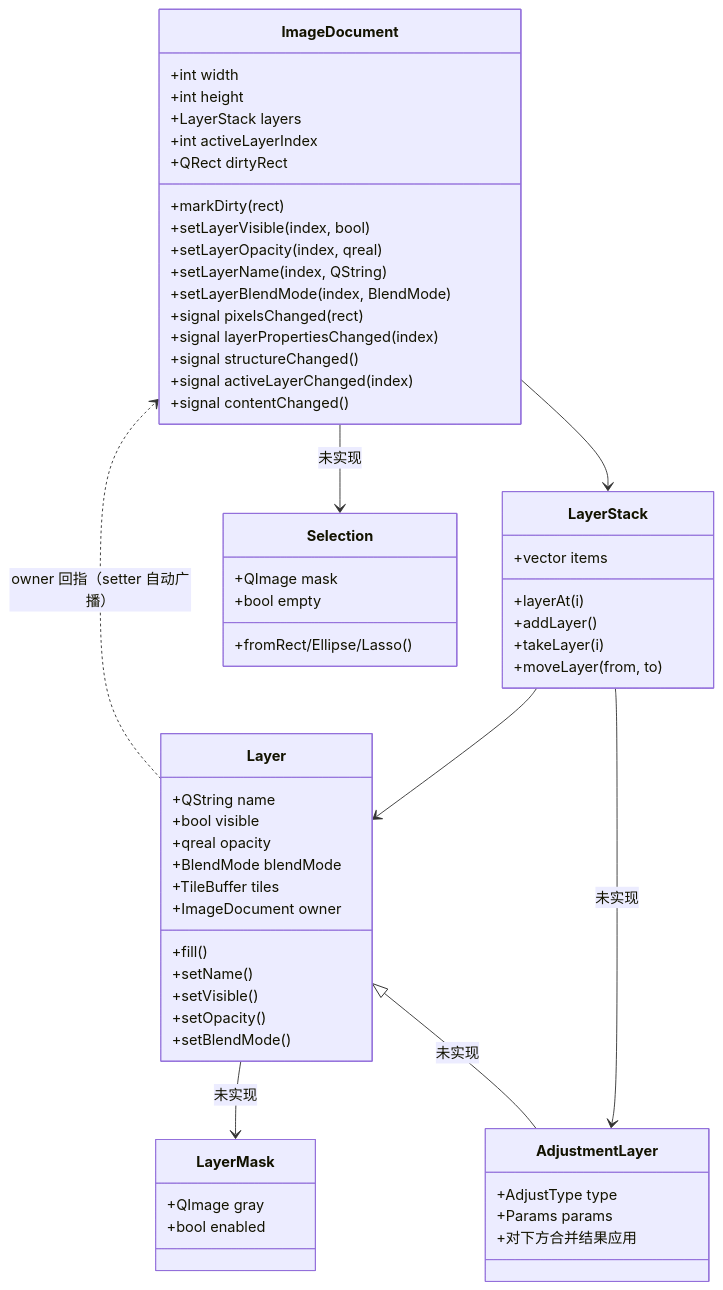
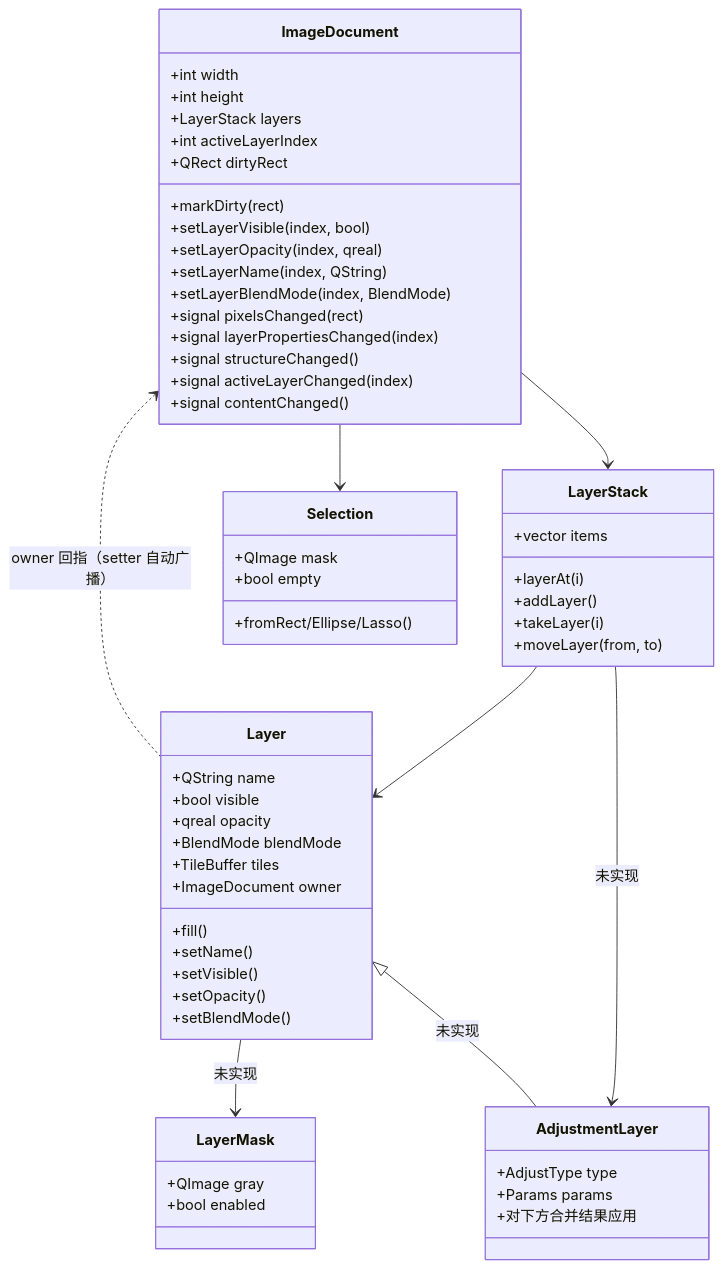
Before and after one commit to littletenyuan01/photoshopDemo: the second of 4 diagrams in docs/architecture.md, drawn with Mermaid. The commit also changed other lines of this file and 30 other files, not shown here.

````diff
--- a/docs/architecture.md
+++ b/docs/architecture.md
@@ -133,62 +133,62 @@
 ```mermaid
 classDiagram
   class ImageDocument {
     +int width
     +int height
     +LayerStack layers
     +int activeLayerIndex
     +QRect dirtyRect
     +markDirty(rect)
     +setLayerVisible(index, bool)
     +setLayerOpacity(index, qreal)
     +setLayerName(index, QString)
     +setLayerBlendMode(index, BlendMode)
     +signal pixelsChanged(rect)
     +signal layerPropertiesChanged(index)
     +signal structureChanged()
     +signal activeLayerChanged(index)
     +signal contentChanged()
   }
   class LayerStack {
     +vector items
     +layerAt(i)
     +addLayer()
     +takeLayer(i)
     +moveLayer(from, to)
   }
   class Layer {
     +QString name
     +bool visible
     +qreal opacity
     +BlendMode blendMode
     +TileBuffer tiles
     +ImageDocument owner
     +fill()
     +setName()
     +setVisible()
     +setOpacity()
     +setBlendMode()
   }
   class LayerMask {
     +QImage gray
     +bool enabled
   }
   class AdjustmentLayer {
     +AdjustType type
     +Params params
     +对下方合并结果应用
   }
   class Selection {
     +QImage mask
     +bool empty
     +fromRect/Ellipse/Lasso()
   }
 
   ImageDocument --> LayerStack
-  ImageDocument --> Selection : 未实现
+  ImageDocument --> Selection
   Layer ..> ImageDocument : owner 回指（setter 自动广播）
   LayerStack --> Layer
   LayerStack --> AdjustmentLayer : 未实现
   Layer --> LayerMask : 未实现
   Layer <|-- AdjustmentLayer : 未实现
 ```
````
